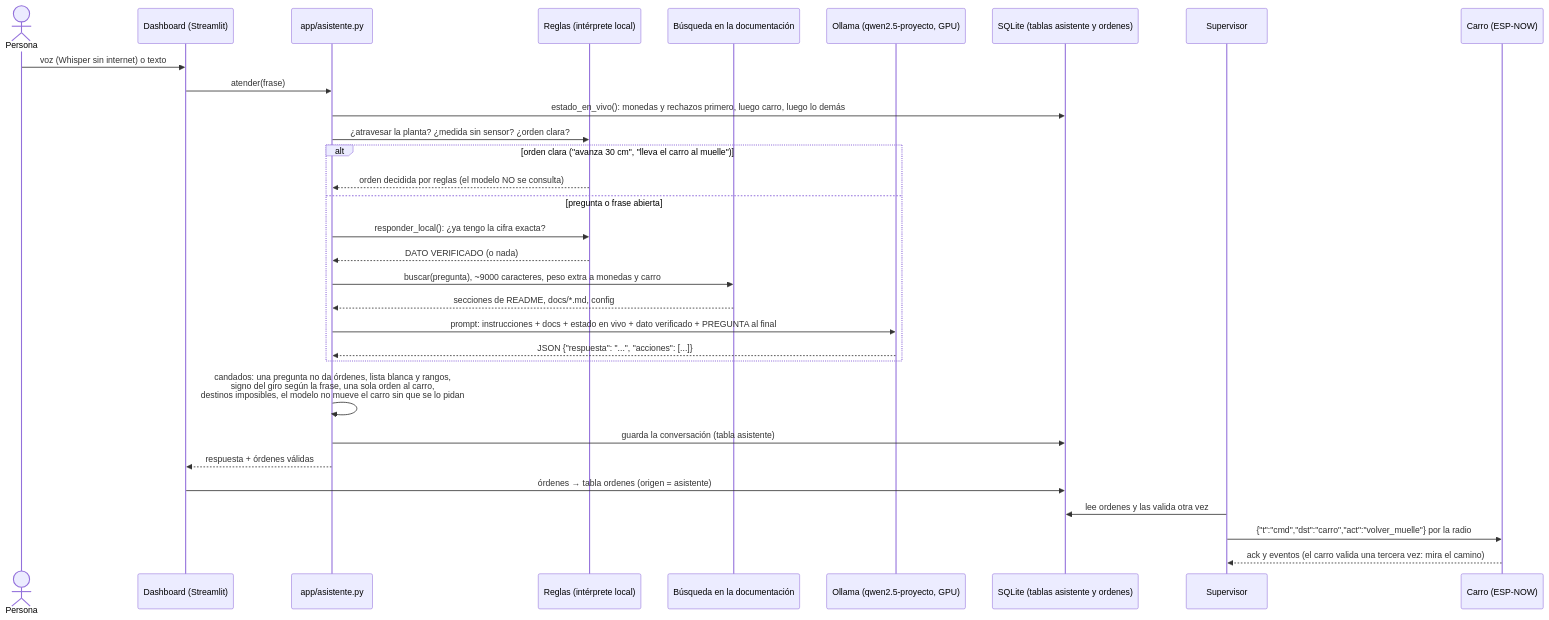
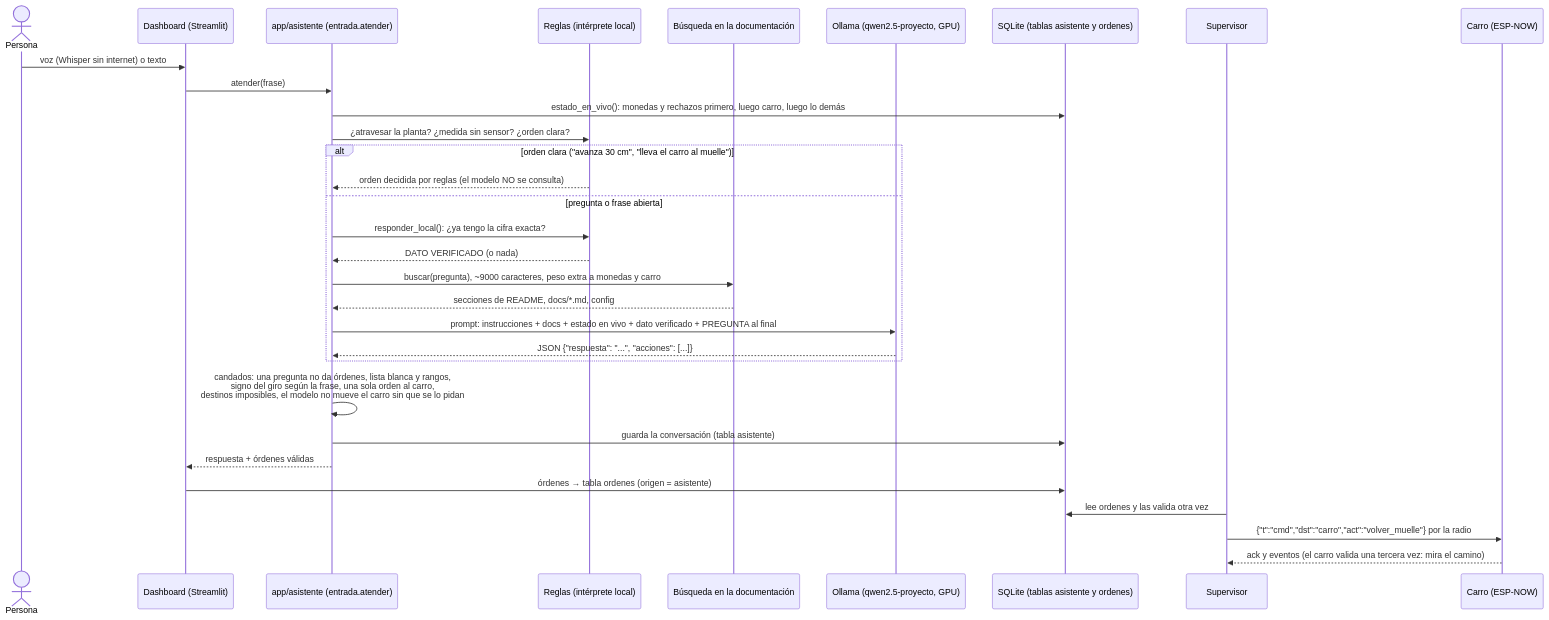
The second of 2 diagrams in proyecto-final/docs/modelo-local.md (Dathinel/Sensores-Teoria), drawn with Mermaid before and after one commit. The commit also changed other lines of this file and 34 other files, not shown here.

````diff
--- a/proyecto-final/docs/modelo-local.md
+++ b/proyecto-final/docs/modelo-local.md
@@ -149,34 +149,34 @@
 ```mermaid
 sequenceDiagram
     actor P as Persona
     participant D as Dashboard (Streamlit)
-    participant A as app/asistente.py
+    participant A as app/asistente (entrada.atender)
     participant R as Reglas (intérprete local)
     participant DOC as Búsqueda en la documentación
     participant O as Ollama (qwen2.5-proyecto, GPU)
     participant BD as SQLite (tablas asistente y ordenes)
     participant S as Supervisor
     participant C as Carro (ESP-NOW)
 
     P->>D: voz (Whisper sin internet) o texto
     D->>A: atender(frase)
     A->>BD: estado_en_vivo(): monedas y rechazos primero, luego carro, luego lo demás
     A->>R: ¿atravesar la planta? ¿medida sin sensor? ¿orden clara?
     alt orden clara ("avanza 30 cm", "lleva el carro al muelle")
         R-->>A: orden decidida por reglas (el modelo NO se consulta)
     else pregunta o frase abierta
         A->>R: responder_local(): ¿ya tengo la cifra exacta?
         R-->>A: DATO VERIFICADO (o nada)
         A->>DOC: buscar(pregunta), ~9000 caracteres, peso extra a monedas y carro
         DOC-->>A: secciones de README, docs/*.md, config
         A->>O: prompt: instrucciones + docs + estado en vivo + dato verificado + PREGUNTA al final
         O-->>A: JSON {"respuesta": "...", "acciones": [...]}
     end
     A->>A: candados: una pregunta no da órdenes, lista blanca y rangos,<br/>signo del giro según la frase, una sola orden al carro,<br/>destinos imposibles, el modelo no mueve el carro sin que se lo pidan
     A->>BD: guarda la conversación (tabla asistente)
     A-->>D: respuesta + órdenes válidas
     D->>BD: órdenes → tabla ordenes (origen = asistente)
     S->>BD: lee ordenes y las valida otra vez
     S->>C: {"t":"cmd","dst":"carro","act":"volver_muelle"} por la radio
     C-->>S: ack y eventos (el carro valida una tercera vez: mira el camino)
 ```
````
